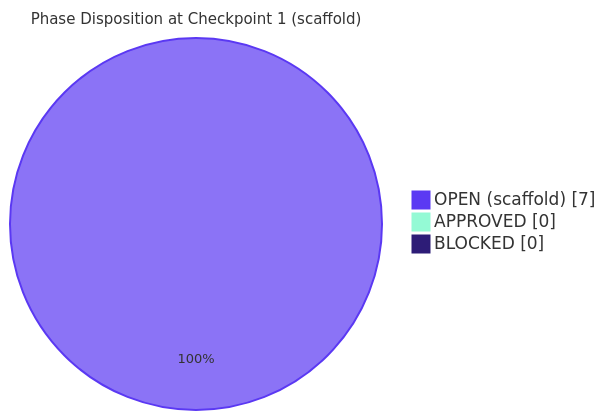
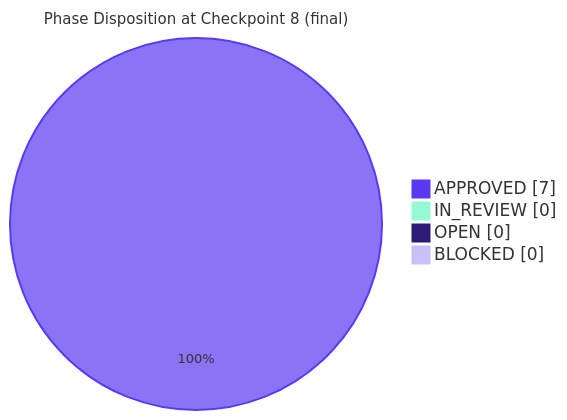
One commit to Blitzy-Sandbox/blitzy-odoo changed the eighth of 10 diagrams in PROJECT_GUIDE.md. Above: the diagram before and after it, drawn with Mermaid. The commit also changed other lines of this file and 1 other file, not shown here.

First line of the commit message:
docs(review): CP8 remediations — close Segmented PR Review APPROVED [QA #1–#9]

````diff
--- a/PROJECT_GUIDE.md
+++ b/PROJECT_GUIDE.md
@@ -440,7 +440,8 @@
 ```mermaid
 %%{init: {'theme':'base','themeVariables':{'primaryColor':'#F2F0FE','primaryTextColor':'#333333','primaryBorderColor':'#5B39F3','lineColor':'#999999','secondaryColor':'#F4EFF6','pie1':'#5B39F3','pie2':'#94FAD5','pie3':'#2D1C77','pieStrokeColor':'#5B39F3','pieOuterStrokeColor':'#5B39F3','pieTitleTextSize':'15px','pieSectionTextSize':'13px','pieLegendTextColor':'#333333'}}}%%
-pie showData title Phase Disposition at Checkpoint 1 (scaffold)
-    "OPEN (scaffold)" : 7
-    "APPROVED" : 0
+pie showData title Phase Disposition at Checkpoint 8 (final)
+    "APPROVED" : 7
+    "IN_REVIEW" : 0
+    "OPEN" : 0
     "BLOCKED" : 0
 ```
````
